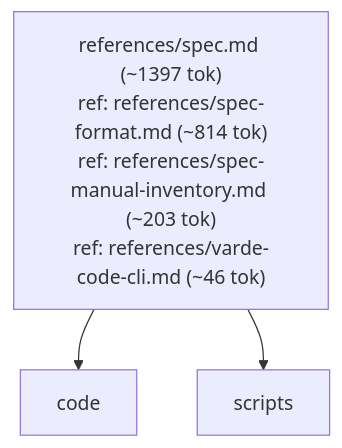
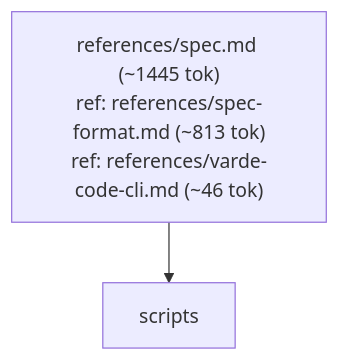
The fifth of 5 diagrams in skills/varde-docs/FLOW.md (alecegg/varde), drawn with Mermaid before and after one commit. The commit also changed other lines of this file and 269 other files, not shown here.

````diff
--- a/skills/varde-docs/FLOW.md
+++ b/skills/varde-docs/FLOW.md
@@ -88,8 +70,6 @@
 ```mermaid
 flowchart TD
-  n0["references/spec.md (~1397 tok)<br/>ref: references/spec-format.md (~814 tok)<br/>ref: references/spec-manual-inventory.md (~203 tok)<br/>ref: references/varde-code-cli.md (~46 tok)"]
-  n1["code"]
-  n2["scripts"]
+  n0["references/spec.md (~1445 tok)<br/>ref: references/spec-format.md (~813 tok)<br/>ref: references/varde-code-cli.md (~46 tok)"]
+  n1["scripts"]
   n0 --> n1
-  n0 --> n2
 ```
````
